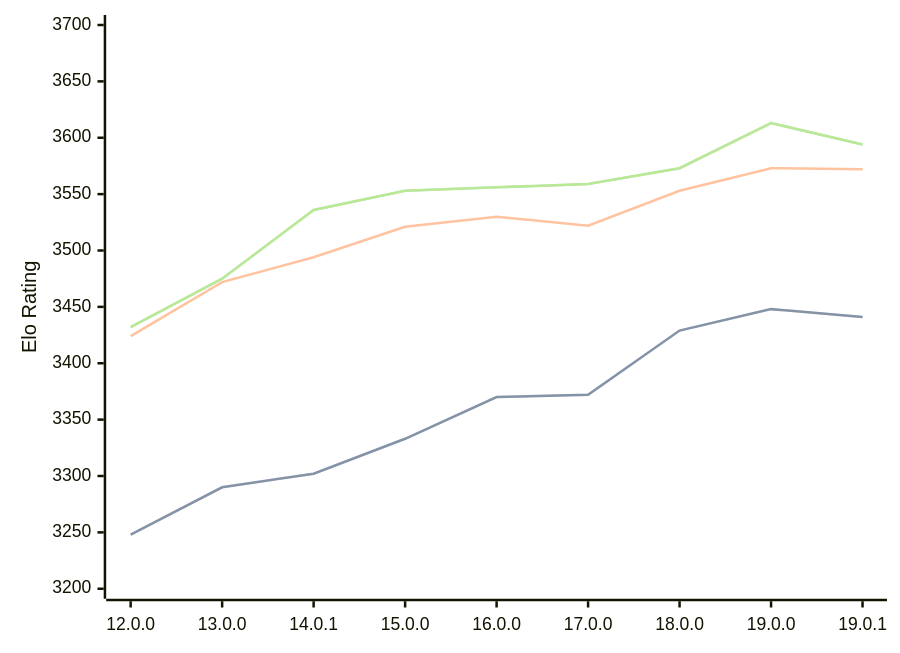
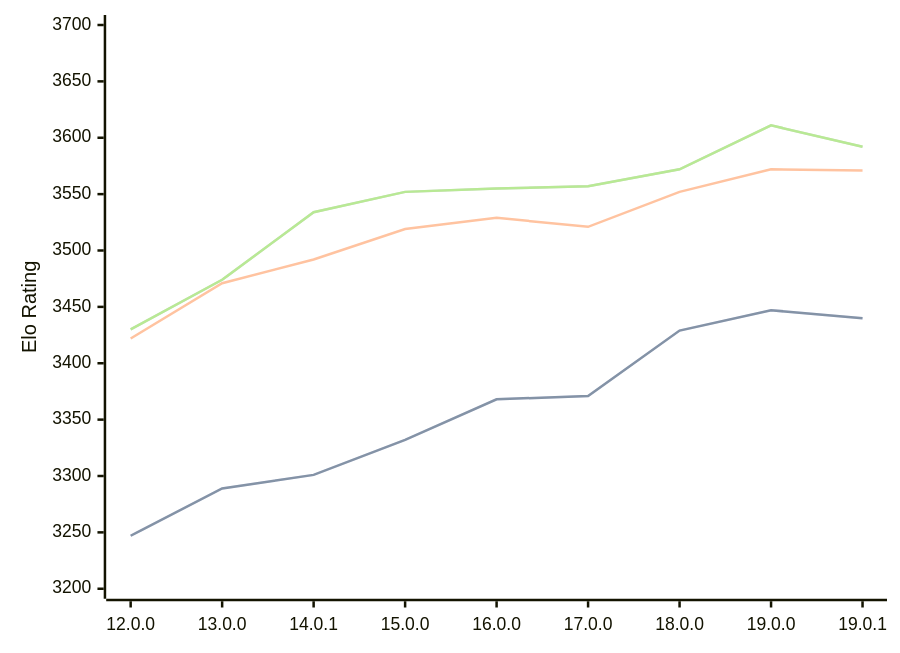
Before and after one commit to computer-chess-index/cci: the diagram in engines/Viridithas.md, drawn with Mermaid. The commit also changed other lines of this file, not shown here.

Commit message:
Update CCI Ratings (ELO VLTC) - 2026-03-08

````diff
--- a/engines/Viridithas.md
+++ b/engines/Viridithas.md
@@ -61,11 +61,11 @@
 ```mermaid
 %%{init: {"theme":"base","themeVariables":{"seriesColors:['#a3a3a3','#222221','#faa371']}}}%%
 xychart-beta
   x-axis ["12.0.0", "13.0.0", "14.0.1", "15.0.0", "16.0.0", "17.0.0", "18.0.0", "19.0.0", "19.0.1"]
   y-axis "Elo Rating" 3200 --> 3700
-  line "STC (8.0+0.08s)" [3248, 3290, 3302, 3333, 3370, 3372, 3429, 3448, 3441]
-  line "STC (8.0+0.08s)" [3248, 3290, 3302, 3333, 3370, 3372, 3429, 3448, 3441]
-  line "LTC (60.0+0.60s)" [3424, 3472, 3494, 3521, 3530, 3522, 3553, 3573, 3572]
-  line "VLTC (2m24s+1.12s)" [3432, 3475, 3536, 3553, 3556, 3559, 3573, 3613, 3594]
-  line "VLTC (2m24s+1.12s)" [3432, 3475, 3536, 3553, 3556, 3559, 3573, 3613, 3594]
+  line "STC (8.0+0.08s)" [3247, 3289, 3301, 3332, 3368, 3371, 3429, 3447, 3440]
+  line "STC (8.0+0.08s)" [3247, 3289, 3301, 3332, 3368, 3371, 3429, 3447, 3440]
+  line "LTC (60.0+0.60s)" [3422, 3471, 3492, 3519, 3529, 3521, 3552, 3572, 3571]
+  line "VLTC (2m24s+1.12s)" [3430, 3474, 3534, 3552, 3555, 3557, 3572, 3611, 3592]
+  line "VLTC (2m24s+1.12s)" [3430, 3474, 3534, 3552, 3555, 3557, 3572, 3611, 3592]
 ```
````
